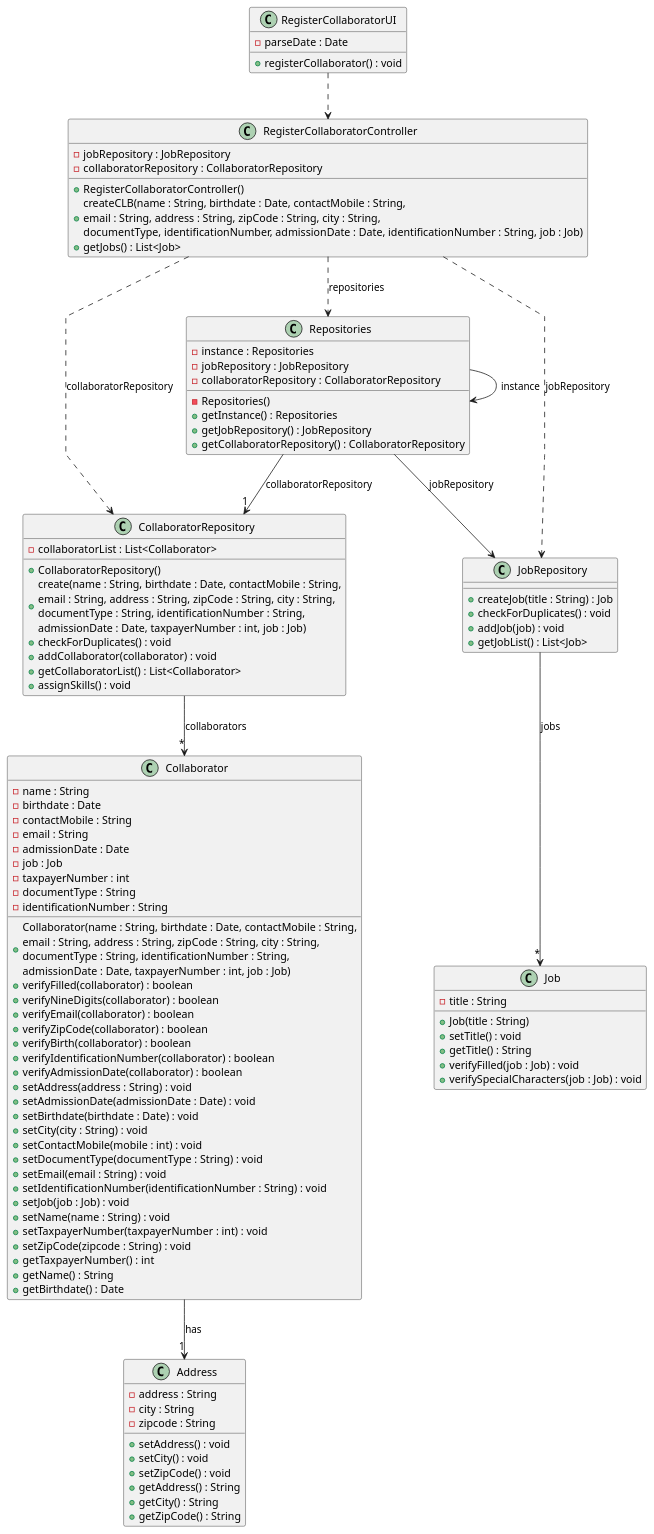
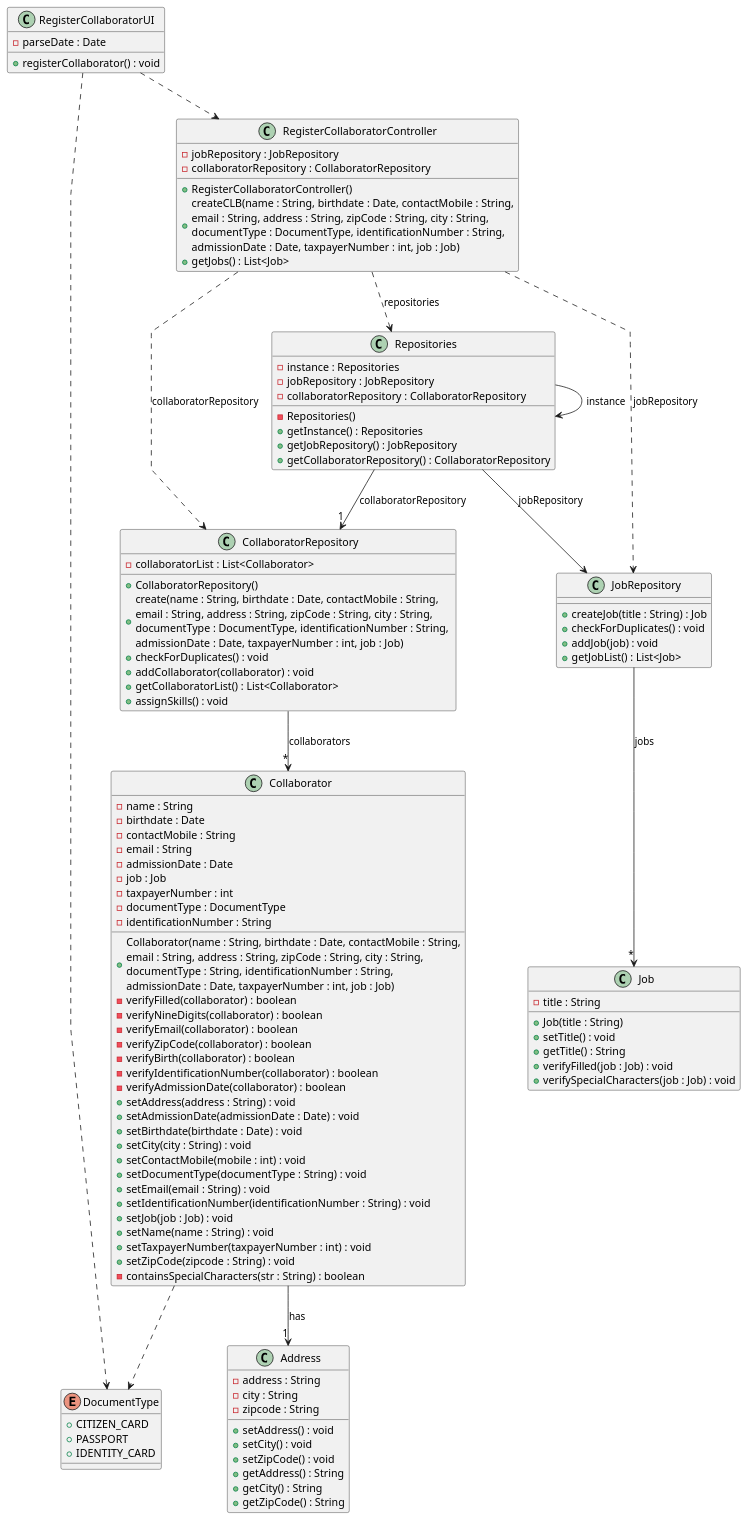
The diagram in docs/sprintC/us003/03.design/puml/us003-class-diagram.puml (ricardomm7/leaflink), drawn with PlantUML before and after one commit. The commit also changed 4 other files, not shown here.

Commit message:
Verify document number method updated

```diff
--- a/docs/sprintC/us003/03.design/puml/us003-class-diagram.puml
+++ b/docs/sprintC/us003/03.design/puml/us003-class-diagram.puml
@@ -1,119 +1,124 @@
 @startuml
 skinparam packageStyle rectangle
 skinparam shadowing false
 skinparam linetype polyline
 
 'left to right direction
 
 class RegisterCollaboratorUI {
 +registerCollaborator() : void
 -parseDate : Date
 }
 
 class RegisterCollaboratorController {
     -jobRepository : JobRepository
     -collaboratorRepository : CollaboratorRepository
     +RegisterCollaboratorController()
-    + createCLB(name : String, birthdate : Date, contactMobile : String,\nemail : String, address : String, zipCode : String, city : String,\ndocumentType, identificationNumber, admissionDate : Date, identificationNumber : String, job : Job)
+    + createCLB(name : String, birthdate : Date, contactMobile : String,\nemail : String, address : String, zipCode : String, city : String,\ndocumentType : DocumentType, identificationNumber : String, \nadmissionDate : Date, taxpayerNumber : int, job : Job)
     '+ getJobRepository() : JobRepository
     '+ getCollaboratorRepository() : CollaboratorRepository
     + getJobs() : List<Job>
 }
 
 class Repositories {
     - instance : Repositories
     - Repositories()
     -jobRepository : JobRepository
     -collaboratorRepository : CollaboratorRepository
     + getInstance() : Repositories
     +getJobRepository() : JobRepository
     +getCollaboratorRepository() : CollaboratorRepository
 }
 
 class CollaboratorRepository {
     -collaboratorList : List<Collaborator>
     +CollaboratorRepository()
-    + create(name : String, birthdate : Date, contactMobile : String,\nemail : String, address : String, zipCode : String, city : String,\ndocumentType : String, identificationNumber : String, \nadmissionDate : Date, taxpayerNumber : int, job : Job)
+    + create(name : String, birthdate : Date, contactMobile : String,\nemail : String, address : String, zipCode : String, city : String,\ndocumentType : DocumentType, identificationNumber : String, \nadmissionDate : Date, taxpayerNumber : int, job : Job)
     + checkForDuplicates() : void
     + addCollaborator(collaborator) : void
     + getCollaboratorList() : List<Collaborator>
     + assignSkills() : void
 }
 
 class JobRepository {
     +createJob(title : String) : Job
     +checkForDuplicates() : void
     +addJob(job) : void
     +getJobList() : List<Job>
 }
 
 class Collaborator {
     - name : String
     - birthdate : Date
     - contactMobile : String
     - email : String
     - admissionDate : Date
     - job : Job
     - taxpayerNumber : int
     + Collaborator(name : String, birthdate : Date, contactMobile : String,\nemail : String, address : String, zipCode : String, city : String,\ndocumentType : String, identificationNumber : String, \nadmissionDate : Date, taxpayerNumber : int, job : Job)
-    + verifyFilled(collaborator) : boolean
-    + verifyNineDigits(collaborator) : boolean
-    + verifyEmail(collaborator) : boolean
-    + verifyZipCode(collaborator) : boolean
-    + verifyBirth(collaborator) : boolean
-    + verifyIdentificationNumber(collaborator) : boolean
-    + verifyAdmissionDate(collaborator) : boolean
-    - documentType : String
+    - verifyFilled(collaborator) : boolean
+    - verifyNineDigits(collaborator) : boolean
+    - verifyEmail(collaborator) : boolean
+    - verifyZipCode(collaborator) : boolean
+    - verifyBirth(collaborator) : boolean
+    - verifyIdentificationNumber(collaborator) : boolean
+    - verifyAdmissionDate(collaborator) : boolean
+    - documentType : DocumentType
     - identificationNumber : String
     +setAddress(address : String) : void
     +setAdmissionDate(admissionDate : Date) : void
     +setBirthdate(birthdate : Date) : void
     +setCity(city : String) : void
     +setContactMobile(mobile : int) : void
     +setDocumentType(documentType : String) : void
     +setEmail(email : String) : void
     +setIdentificationNumber(identificationNumber : String) : void
     +setJob(job : Job) : void
     +setName(name : String) : void
     +setTaxpayerNumber(taxpayerNumber : int) : void
     +setZipCode(zipcode : String) : void
-    +getTaxpayerNumber() : int
-    +getName() : String
-    +getBirthdate() : Date
+    -containsSpecialCharacters(str : String) : boolean
 }
 
 class Address {
     -address : String
     -city : String
     -zipcode : String
     +setAddress() : void
     +setCity() : void
     +setZipCode() : void
     +getAddress() : String
     +getCity() : String
     +getZipCode() : String
 }
 
 class Job {
     - title : String
     + Job(title : String)
     + setTitle() : void
     + getTitle() : String
     +verifyFilled(job : Job) : void
     +verifySpecialCharacters(job : Job) : void
 }
 
+enum DocumentType{
++CITIZEN_CARD
++PASSPORT
++IDENTITY_CARD
+}
 
 
 RegisterCollaboratorUI ..> RegisterCollaboratorController
 RegisterCollaboratorController ..> Repositories : repositories
 Repositories --> Repositories : instance
 Repositories --> JobRepository : jobRepository
 Repositories --> "1"CollaboratorRepository : collaboratorRepository
 CollaboratorRepository --> "*" Collaborator : collaborators
 RegisterCollaboratorController ..> CollaboratorRepository : collaboratorRepository
 RegisterCollaboratorController ..> JobRepository : jobRepository
 JobRepository --> "*" Job : jobs
 Collaborator --> "1" Address : has
+RegisterCollaboratorUI ..> DocumentType
+Collaborator ..> DocumentType
 
 @enduml
```
